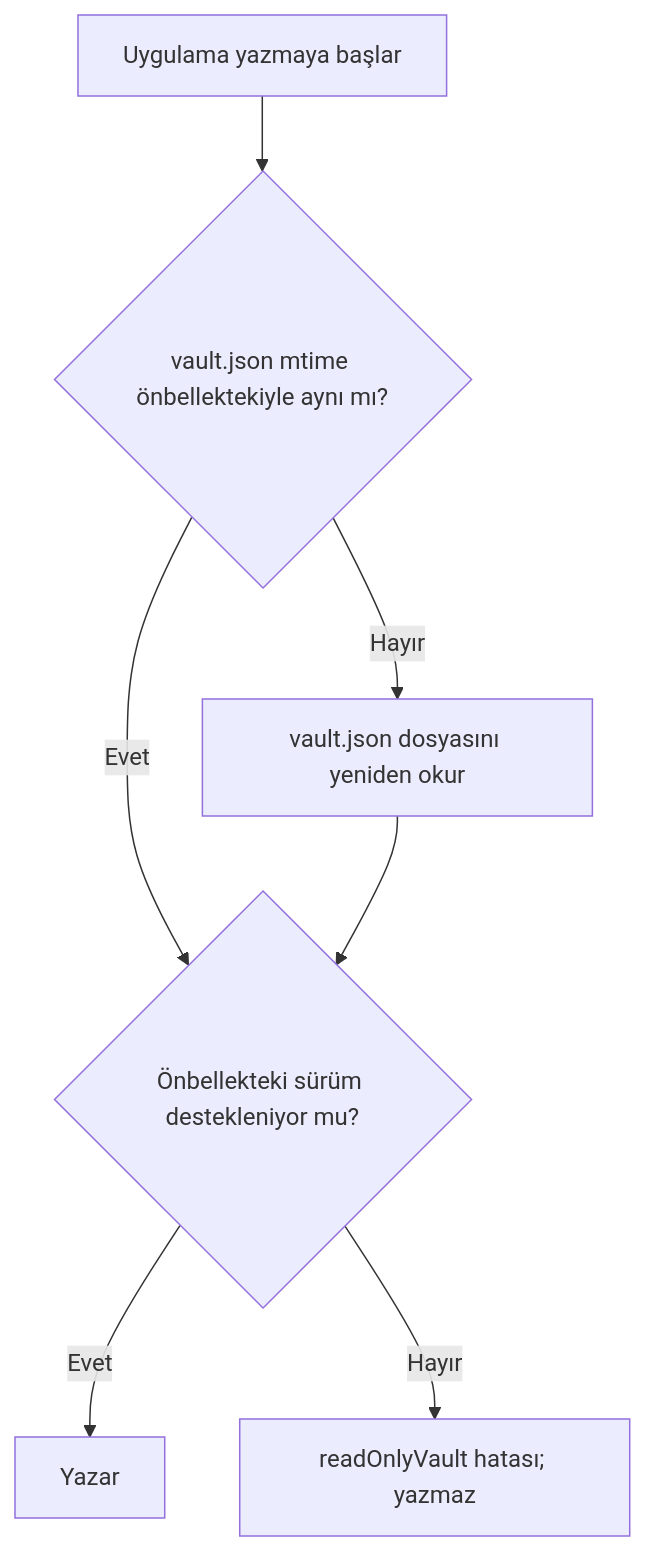
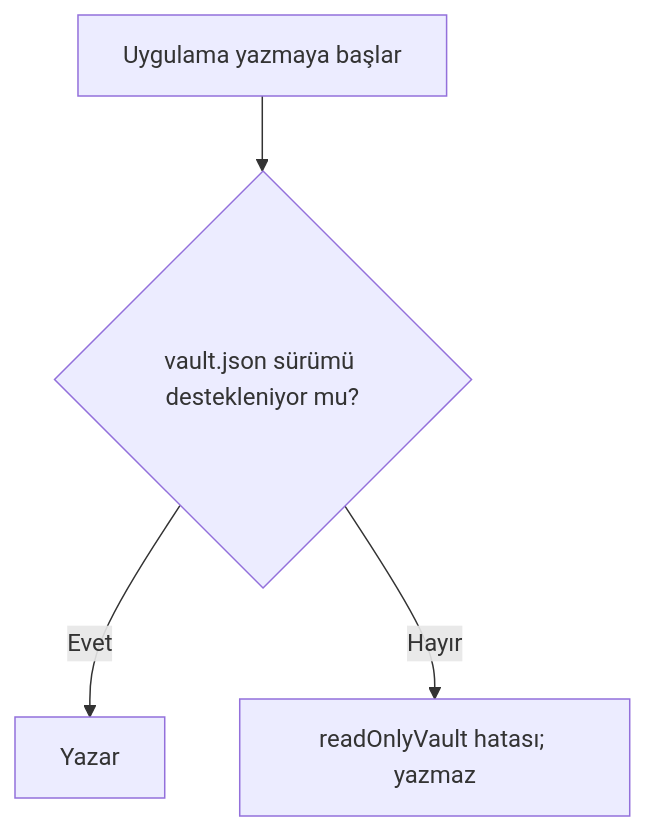
Diagram 15 of 22 in docs/vault-format.md (dogancanyildiz/kenet), drawn with Mermaid before and after one commit. The commit also changed other lines of this file and 51 other files, not shown here.

````diff
--- a/docs/vault-format.md
+++ b/docs/vault-format.md
@@ -1489,9 +1500,6 @@
 ```mermaid
 flowchart TD
-  A["Uygulama yazmaya başlar"] --> B{"vault.json mtime önbellektekiyle aynı mı?"}
-  B -- Evet --> D{"Önbellekteki sürüm destekleniyor mu?"}
-  B -- Hayır --> C["vault.json dosyasını yeniden okur"]
-  C --> D
+  A["Uygulama yazmaya başlar"] --> D{"vault.json sürümü destekleniyor mu?"}
   D -- Evet --> E["Yazar"]
   D -- Hayır --> F["readOnlyVault hatası; yazmaz"]
 ```
````
